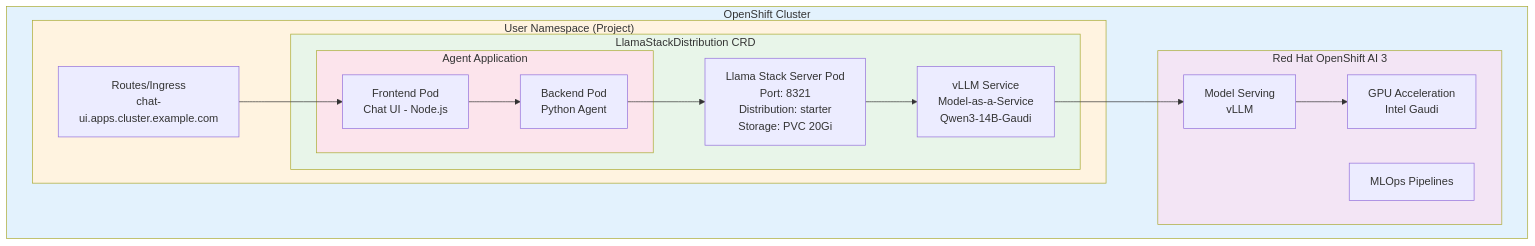
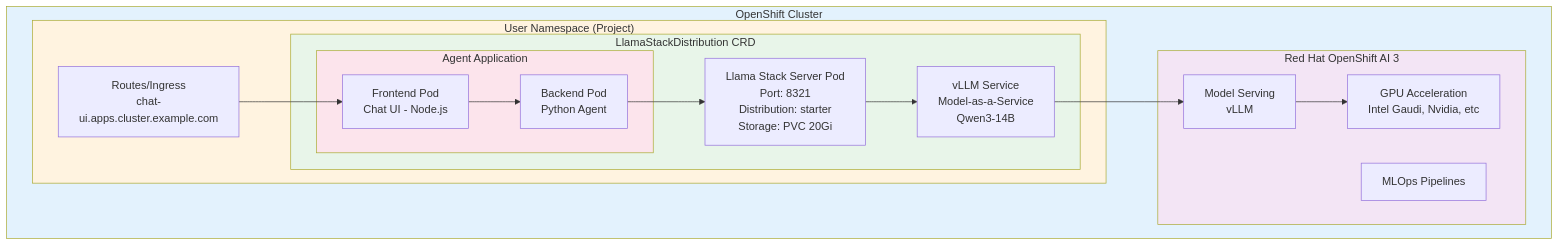
One commit to jamesfalkner/showroom-agentic-ai-llamastack changed the second of 2 diagrams in content/modules/ROOT/pages/02-llamastack.adoc. Above: the diagram before and after it, drawn with Mermaid. The commit also changed other lines of this file and 9 other files, not shown here.

```diff
--- a/content/modules/ROOT/pages/02-llamastack.adoc
+++ b/content/modules/ROOT/pages/02-llamastack.adoc
@@ -103,38 +103,38 @@
 [mermaid,width=100%]
 ----
 graph TB
     subgraph OCP["OpenShift Cluster"]
         subgraph NS["User Namespace (Project)"]
             subgraph CRD["LlamaStackDistribution CRD"]
                 LLS[Llama Stack Server Pod<br/>Port: 8321<br/>Distribution: starter<br/>Storage: PVC 20Gi]
-                VLLM_SVC[vLLM Service<br/>Model-as-a-Service<br/>Qwen3-14B-Gaudi]
+                VLLM_SVC[vLLM Service<br/>Model-as-a-Service<br/>Qwen3-14B]
 
                 subgraph AGENT["Agent Application"]
                     FRONT[Frontend Pod<br/>Chat UI - Node.js]
                     BACK[Backend Pod<br/>Python Agent]
                 end
             end
 
             ROUTE[Routes/Ingress<br/>chat-ui.apps.cluster.example.com]
         end
 
         subgraph RHAI["Red Hat OpenShift AI 3"]
             SERVE[Model Serving<br/>vLLM]
-            GPU[GPU Acceleration<br/>Intel Gaudi]
+            GPU[GPU Acceleration<br/>Intel Gaudi, Nvidia, etc]
             MLOPS[MLOps Pipelines]
         end
     end
 
     FRONT --> BACK
     BACK --> LLS
     LLS --> VLLM_SVC
     VLLM_SVC --> SERVE
     SERVE --> GPU
     ROUTE --> FRONT
 
     style OCP fill:#e3f2fd
     style NS fill:#fff3e0
     style CRD fill:#e8f5e9
     style AGENT fill:#fce4ec
     style RHAI fill:#f3e5f5
 ----
```
